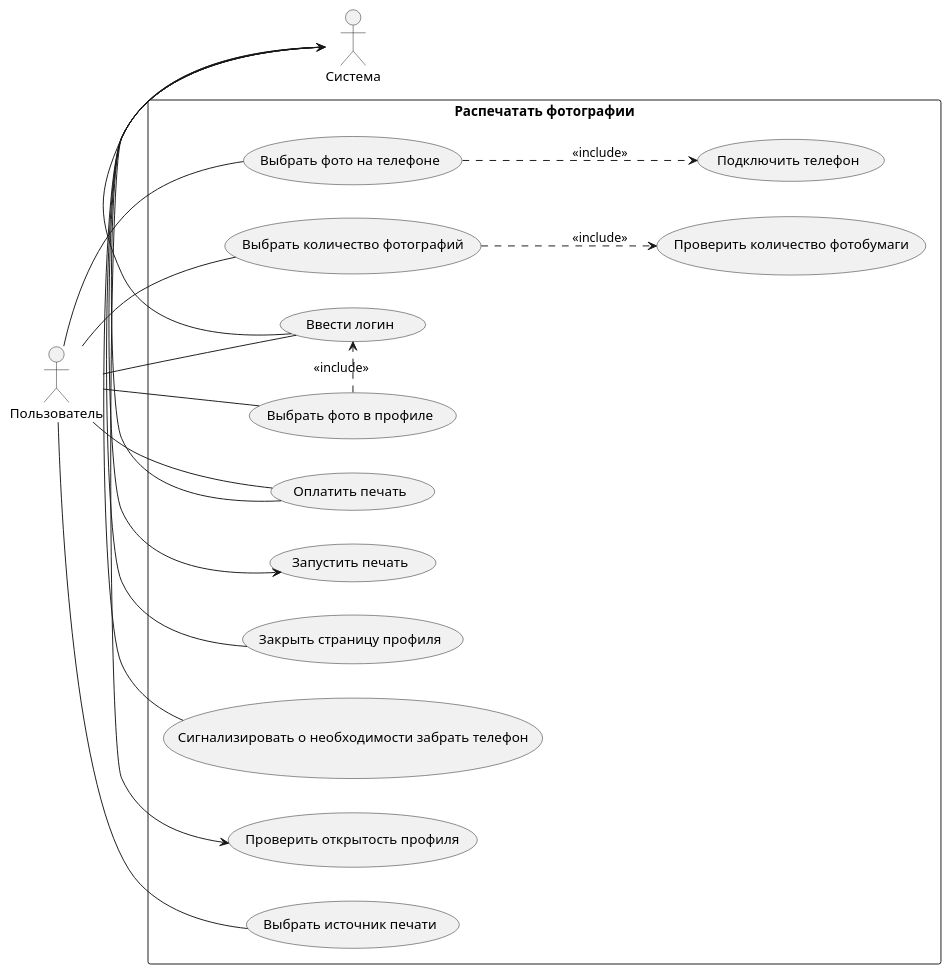
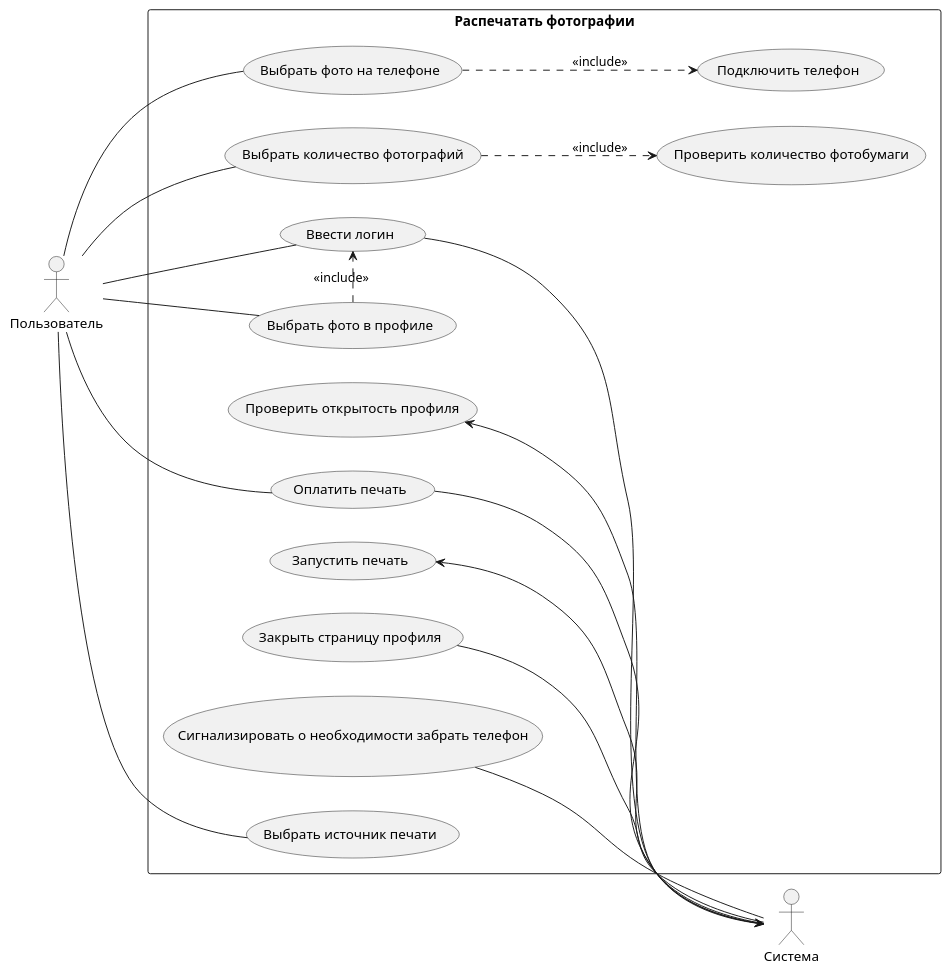
Before and after one commit to PopkovAYu/Notes: the diagram in Notes/Системная аналитика/Курсы от нетологии/Раздел 3. Анализ требований/Итоговая работа по модулю.md, drawn with PlantUML.

Commit message:
vault backup: 2024-04-26 11:08:07
Affected files:
Notes/Системная аналитика/Курсы от нетологии/Раздел 3. Анализ требований/Итоговая работа по модулю.md

````diff
--- a/Notes/Системная аналитика/Курсы от нетологии/Раздел 3. Анализ требований/Итоговая работа по модулю.md
+++ b/Notes/Системная аналитика/Курсы от нетологии/Раздел 3. Анализ требований/Итоговая работа по модулю.md
@@ -72,26 +72,26 @@
 ```plantuml
 @startuml
 actor Пользователь as user
 actor Система as sys
 
 rectangle "Распечатать фотографии" {
 	left to right direction
 	user -- (Выбрать источник печати)
 	user - (Выбрать фото на телефоне)
 	(Выбрать фото на телефоне) ..> (Подключить телефон) : <<include>>
 	user - (Выбрать количество фотографий)
 	(Выбрать количество фотографий) ..> (Проверить количество фотобумаги) : <<include>>
 	user - (Выбрать фото в профиле)
 	user - (Ввести логин)
-	sys ---> (Проверить открытость профиля)
+	(Проверить открытость профиля) <- sys 
 	(Выбрать фото в профиле) .> (Ввести логин) : <<include>>
 	(Ввести логин) --> sys
 	user - (Оплатить печать)
 	(Оплатить печать) -> sys
-	sys -> (Запустить печать)
-	sys - (Закрыть страницу профиля)
-	sys - (Сигнализировать о необходимости забрать телефон)
+	(Запустить печать) <- sys 
+	(Закрыть страницу профиля) - sys 
+	(Сигнализировать о необходимости забрать телефон) - sys 
 	
 }
 @enduml
 ```
````
